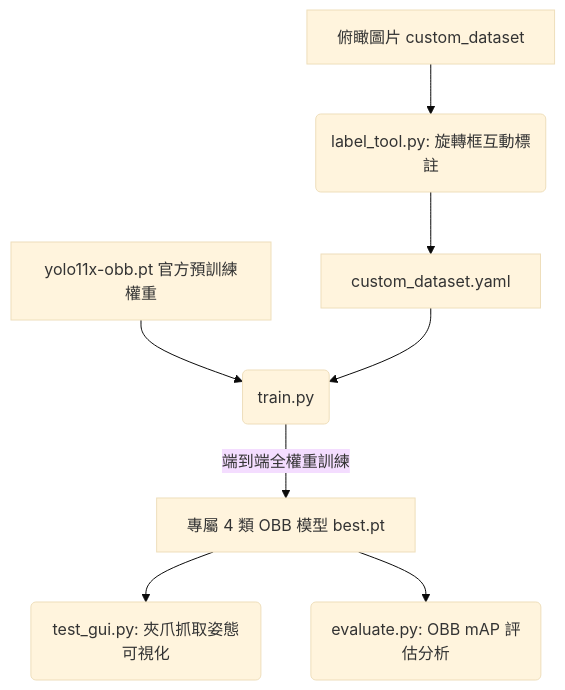
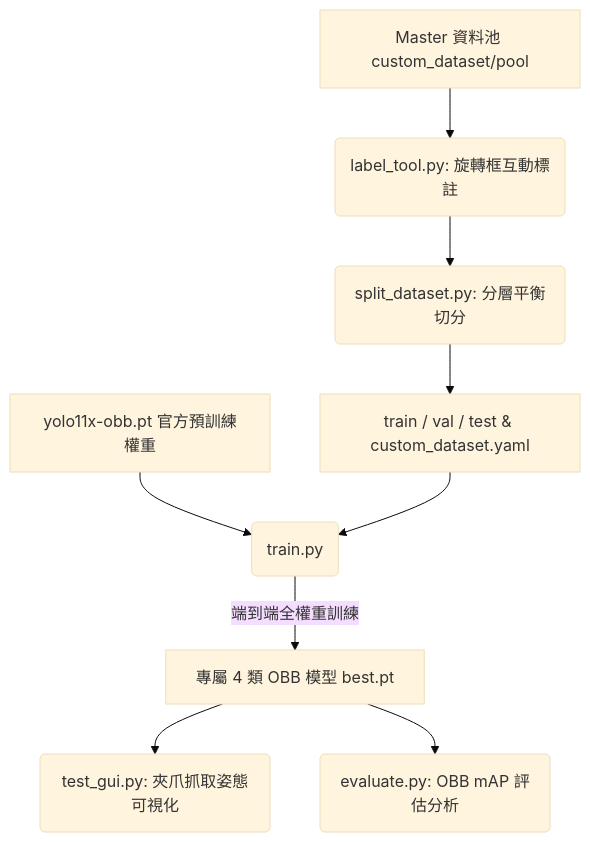
The diagram in README.md (GUO0407/garbage-classification-yolo), drawn with Mermaid (base theme) before and after one commit. The commit also changed other lines of this file and 3 other files, not shown here.

First line of the commit message:
fix(label_tool): 旋轉改為 [/]、刪除改為雙擊左鍵、移除未標註自動跳轉

````diff
--- a/README.md
+++ b/README.md
@@ -13,12 +13,13 @@
 ```mermaid
 graph TD
-    A[俯瞰圖片 custom_dataset] --> B(label_tool.py: 旋轉框互動標註)
-    B --> C[custom_dataset.yaml]
+    A[Master 資料池 custom_dataset/pool] --> B(label_tool.py: 旋轉框互動標註)
+    B --> C(split_dataset.py: 分層平衡切分)
+    C --> D[train / val / test & custom_dataset.yaml]
     
-    D[yolo11x-obb.pt 官方預訓練權重] --> E(train.py)
-    C --> E
+    E[yolo11x-obb.pt 官方預訓練權重] --> F(train.py)
+    D --> F
     
-    E -->|端到端全權重訓練| F[專屬 4 類 OBB 模型 best.pt]
-    F --> G(test_gui.py: 夾爪抓取姿態可視化)
-    F --> H(evaluate.py: OBB mAP 評估分析)
+    F -->|端到端全權重訓練| G[專屬 4 類 OBB 模型 best.pt]
+    G --> H(test_gui.py: 夾爪抓取姿態可視化)
+    G --> I(evaluate.py: OBB mAP 評估分析)
 ```
````
